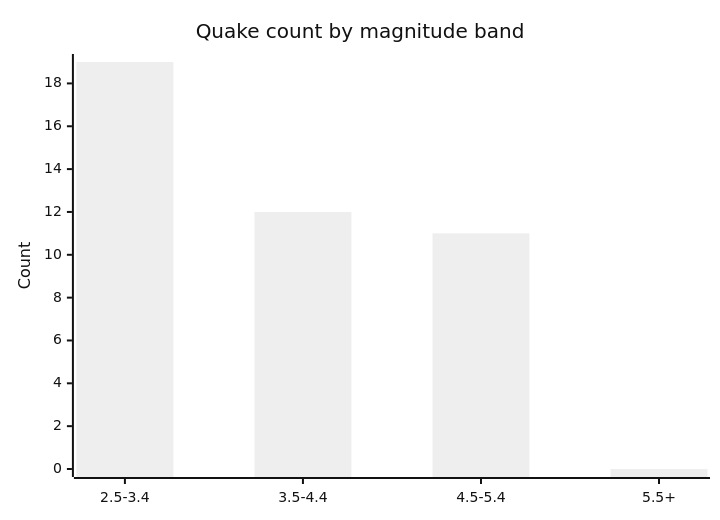
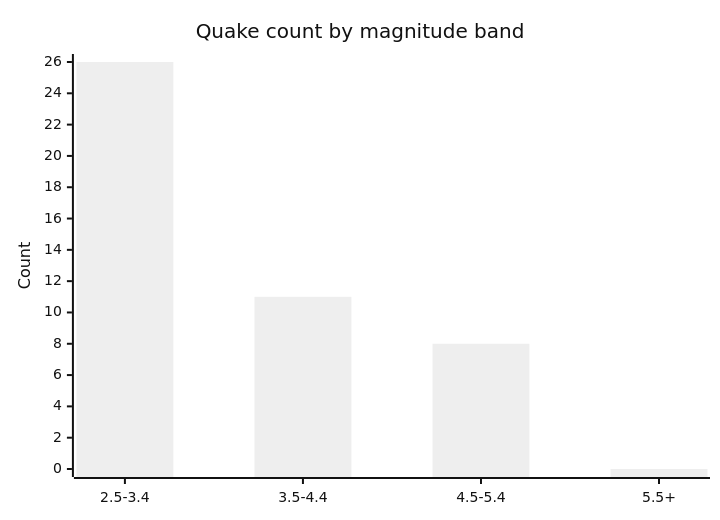
Before and after one commit to Midwest-Stratospheric/aerostratospheric-defense-gir: the fifth of 6 diagrams in docs/GRAPHS.md, drawn with Mermaid (neutral theme). The commit also changed other lines of this file and 25 other files, not shown here.

````diff
--- a/docs/GRAPHS.md
+++ b/docs/GRAPHS.md
@@ -82,7 +82,7 @@
 ```mermaid
 xychart-beta
   title "Quake count by magnitude band"
   x-axis ["2.5-3.4", "3.5-4.4", "4.5-5.4", "5.5+"]
-  y-axis "Count" 0 --> 19
-  bar [19, 12, 11, 0]
+  y-axis "Count" 0 --> 26
+  bar [26, 11, 8, 0]
 ```
````
